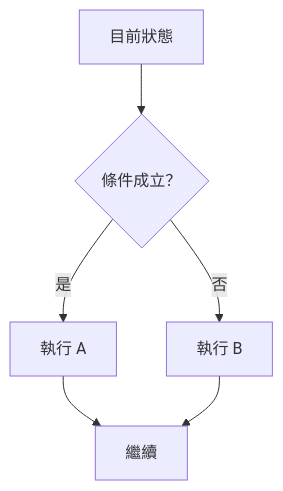
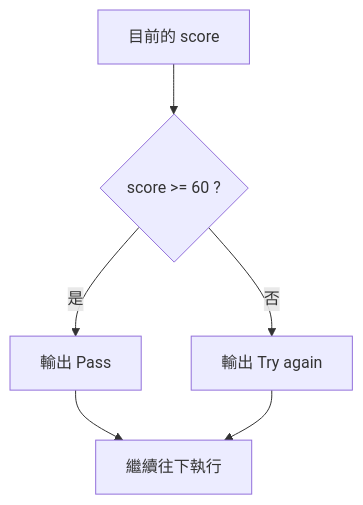
Before and after one commit to inred329/summer_pre_course_2026: the diagram in materials/preparatory/unit-03-control-flow.zh-TW.md, drawn with Mermaid. The commit also changed other lines of this file, not shown here.

Commit message:
Improve P-U03 Chinese reading flow

````diff
--- a/materials/preparatory/unit-03-control-flow.zh-TW.md
+++ b/materials/preparatory/unit-03-control-flow.zh-TW.md
@@ -58,8 +109,8 @@
 ```mermaid
 flowchart TD
-    S[目前狀態] --> Q{條件成立？}
-    Q -->|是| A[執行 A]
-    Q -->|否| B[執行 B]
-    A --> E[繼續]
+    S[目前的 score] --> Q{score >= 60 ?}
+    Q -->|是| A[輸出 Pass]
+    Q -->|否| B[輸出 Try again]
+    A --> E[繼續往下執行]
     B --> E
 ```
````
